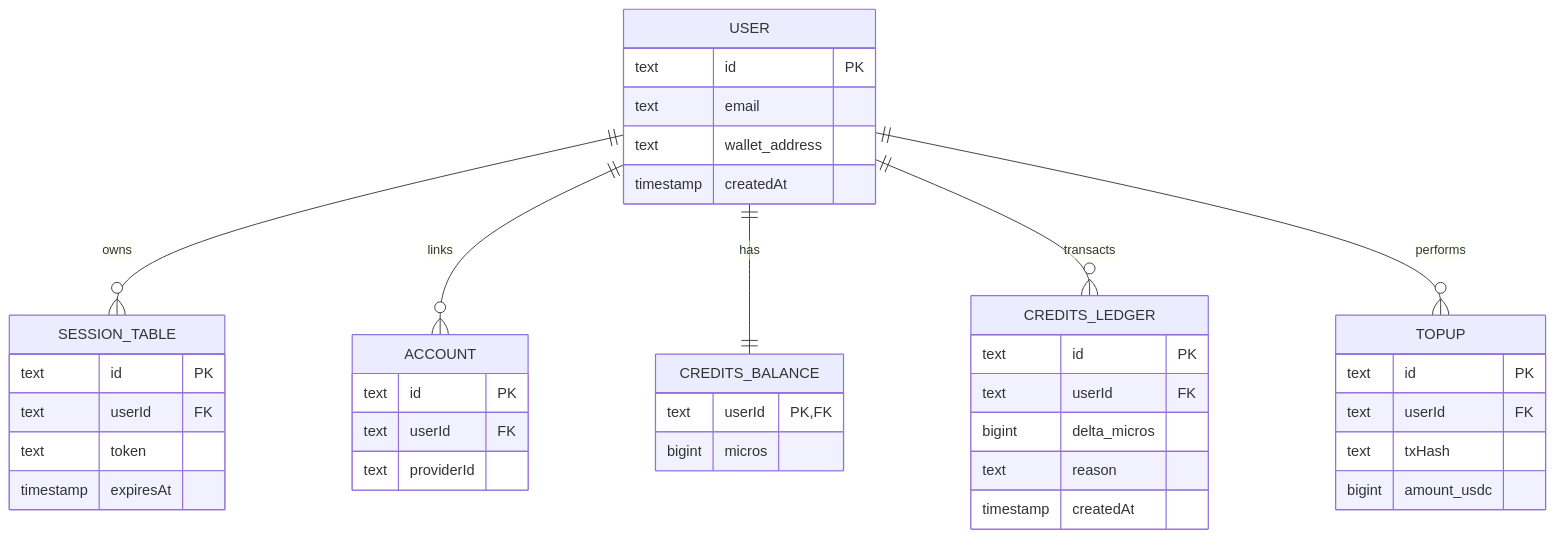
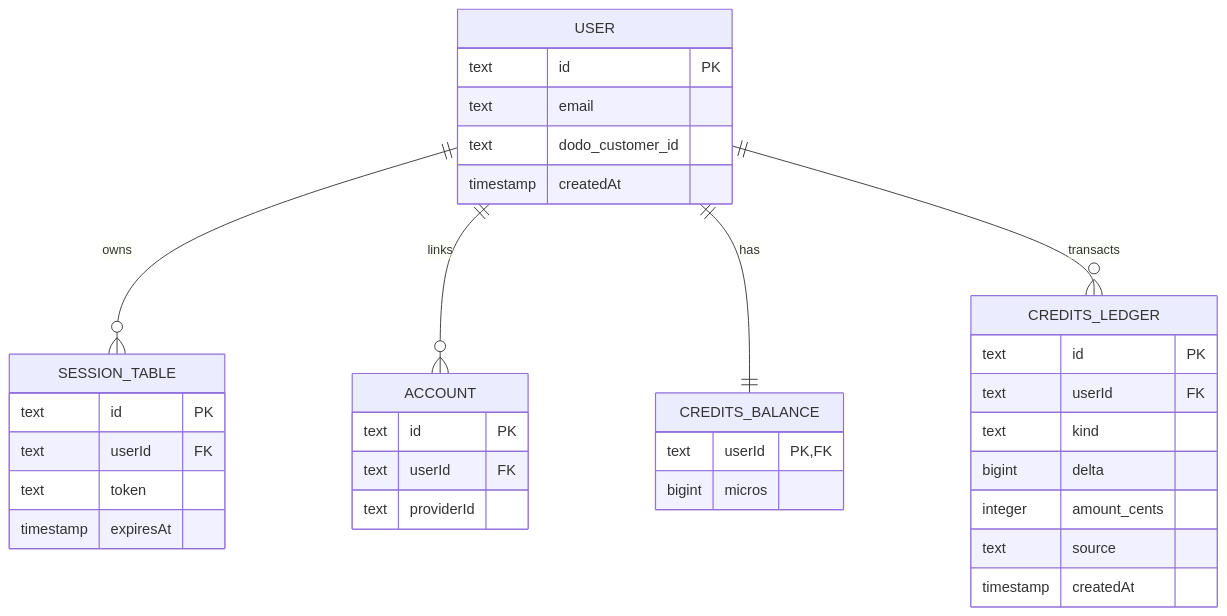
Before and after one commit to grmkris/sonara: diagram 11 of 13 in INFRASTRUCTURE.md, drawn with Mermaid. The commit also changed other lines of this file and 3 other files, not shown here.

````diff
--- a/INFRASTRUCTURE.md
+++ b/INFRASTRUCTURE.md
@@ -372,43 +370,38 @@
 ```mermaid
 erDiagram
     USER ||--o{ SESSION_TABLE : "owns"
     USER ||--o{ ACCOUNT : "links"
     USER ||--|| CREDITS_BALANCE : "has"
     USER ||--o{ CREDITS_LEDGER : "transacts"
-    USER ||--o{ TOPUP : "performs"
 
     USER {
         text id PK
         text email
-        text wallet_address
+        text dodo_customer_id
         timestamp createdAt
     }
     SESSION_TABLE {
         text id PK
         text userId FK
         text token
         timestamp expiresAt
     }
     ACCOUNT {
         text id PK
         text userId FK
         text providerId
     }
     CREDITS_BALANCE {
         text userId PK,FK
         bigint micros
     }
     CREDITS_LEDGER {
         text id PK
         text userId FK
-        bigint delta_micros
-        text reason
+        text kind
+        bigint delta
+        integer amount_cents
+        text source
         timestamp createdAt
     }
-    TOPUP {
-        text id PK
-        text userId FK
-        text txHash
-        bigint amount_usdc
-    }
 ```
````
